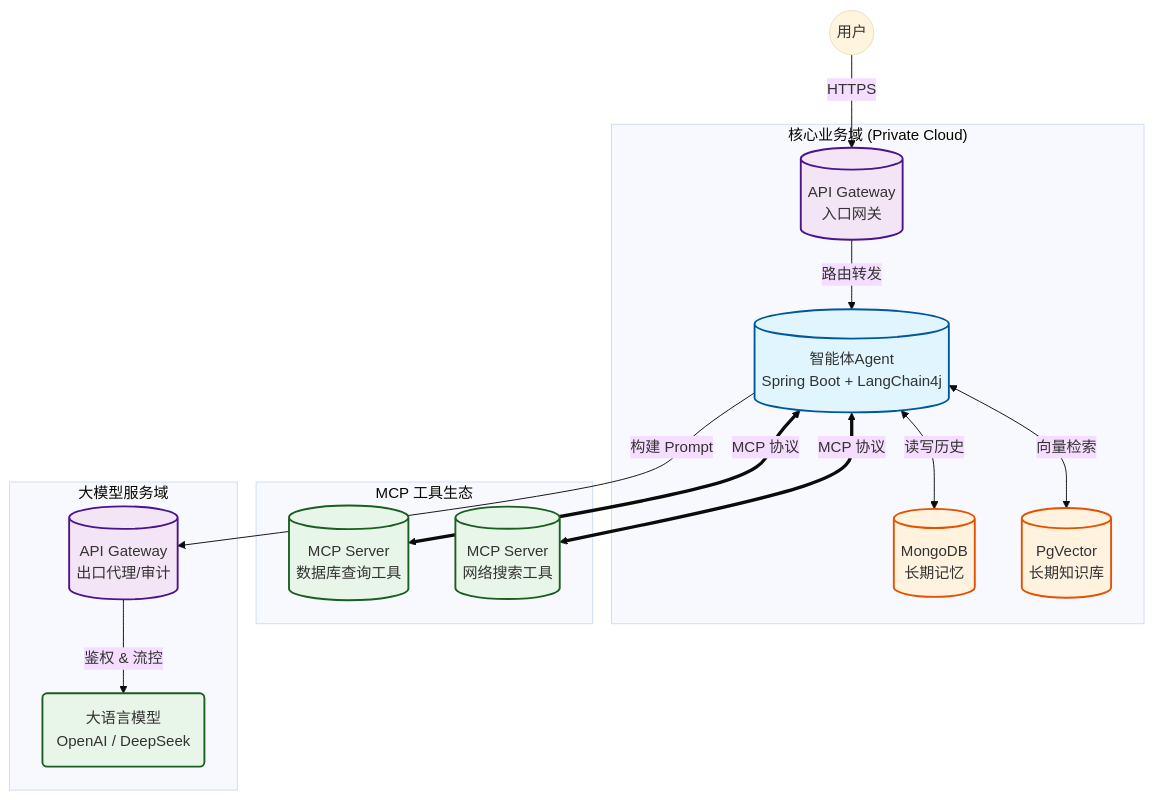
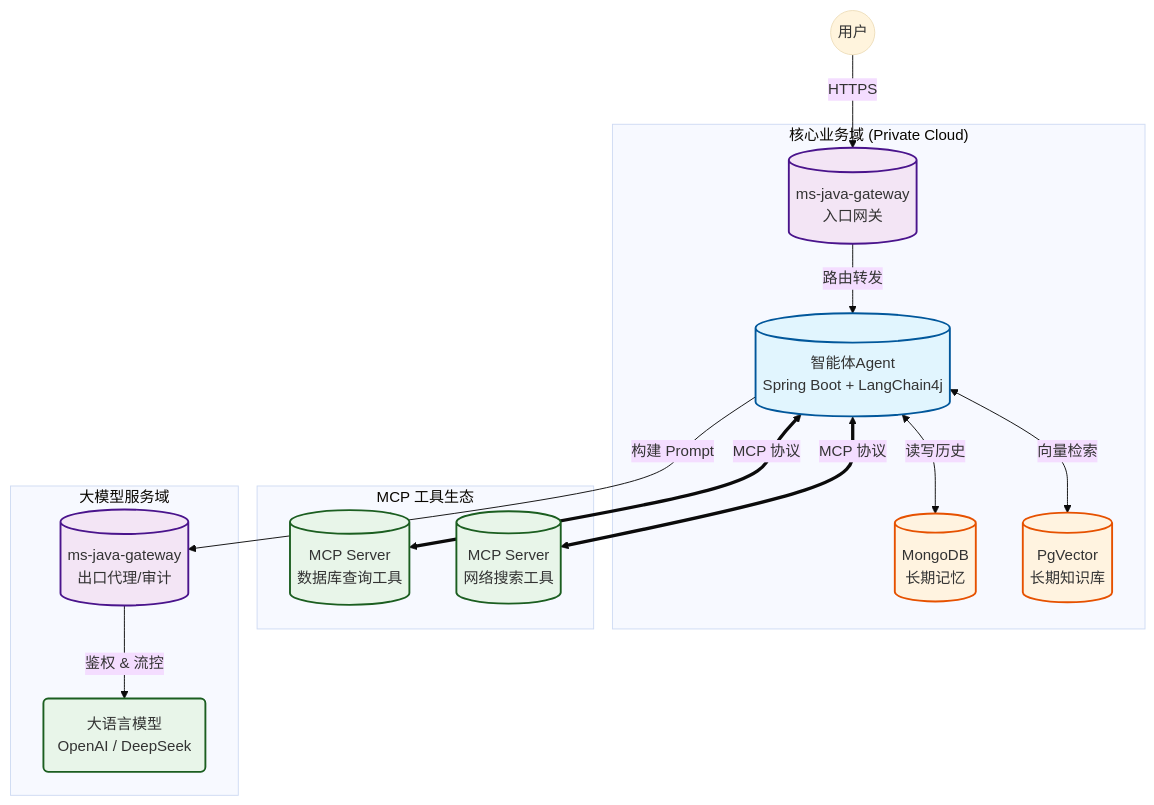
The second of 2 diagrams in doc/instruction.md (tianyaqpzm/ms-ng-view), drawn with Mermaid (base theme) before and after one commit. The commit also changed other lines of this file and 29 other files, not shown here.

````diff
--- a/doc/instruction.md
+++ b/doc/instruction.md
@@ -82,29 +82,29 @@
 ```Mermaid
 graph TD
     %% 样式定义
     classDef java fill:#e1f5fe,stroke:#01579b,stroke-width:2px;
     classDef db fill:#fff3e0,stroke:#e65100,stroke-width:2px;
     classDef gateway fill:#f3e5f5,stroke:#4a148c,stroke-width:2px;
     classDef ext fill:#e8f5e9,stroke:#1b5e20,stroke-width:2px;
 
-    User((用户)) -->|HTTPS| Ingress[(API Gateway
+    User((用户)) -->|HTTPS| Ingress[(ms-java-gateway
     入口网关)]:::gateway
     
     subgraph "核心业务域 (Private Cloud)"
         Ingress -->|路由转发| Agent[(智能体Agent
         Spring Boot + LangChain4j)]:::java
         
         Agent <-->|读写历史| Mongo[(MongoDB\n长期记忆)]:::db
         Agent <-->|向量检索| VectorDB[(PgVector\n长期知识库)]:::db
     end
     
     subgraph "MCP 工具生态"
         Agent <==>|MCP 协议| ToolA[(MCP Server\n数据库查询工具)]:::ext
         Agent <==>|MCP 协议| ToolB[(MCP Server\n网络搜索工具)]:::ext
     end
 
     subgraph "大模型服务域"
-        Agent -->|构建 Prompt| Proxy[(API Gateway\n出口代理/审计)]:::gateway
+        Agent -->|构建 Prompt| Proxy[(ms-java-gateway\n出口代理/审计)]:::gateway
         Proxy -->|鉴权 & 流控| LLM(大语言模型\nOpenAI / DeepSeek):::ext
     end
 ```
````
